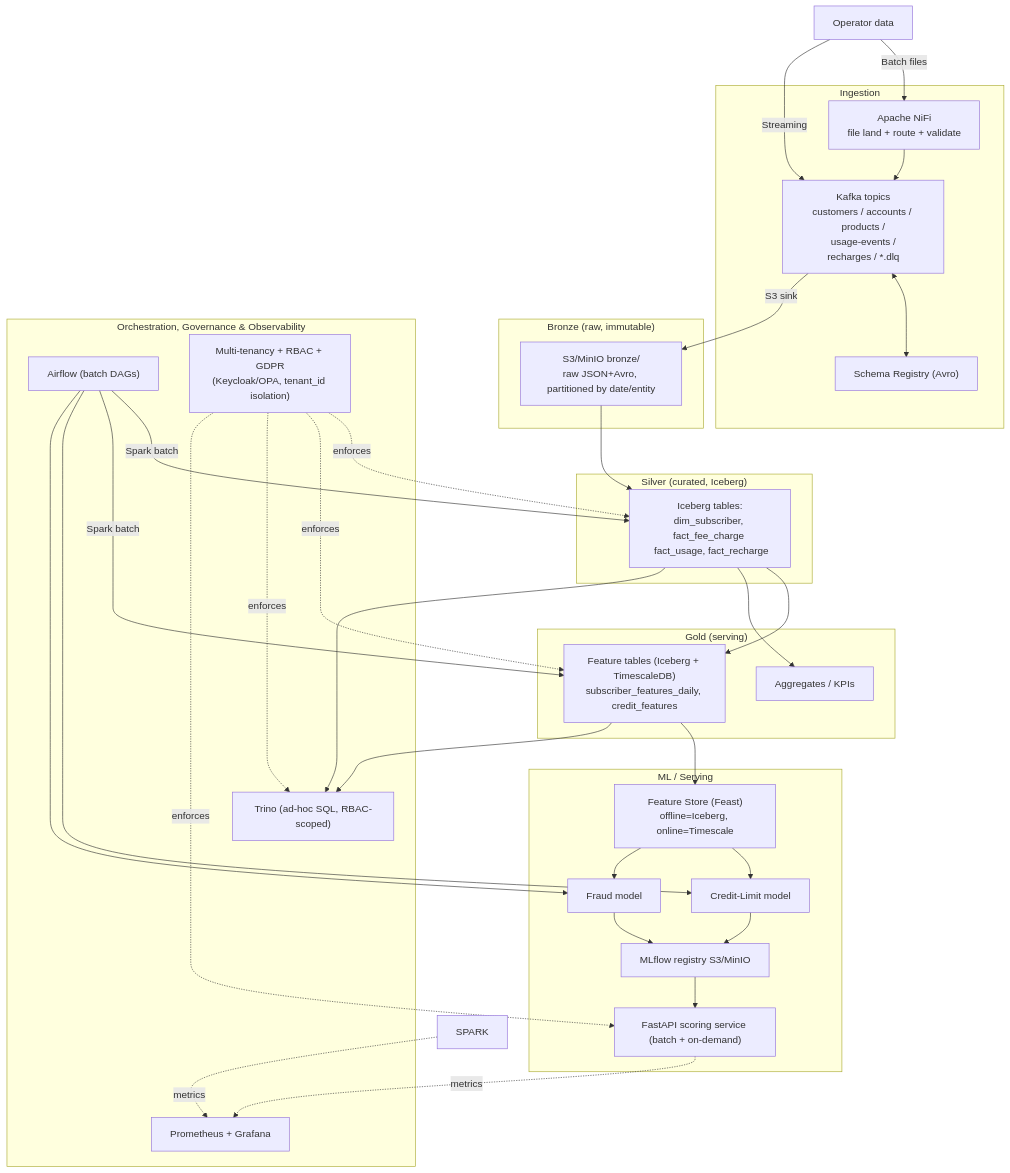
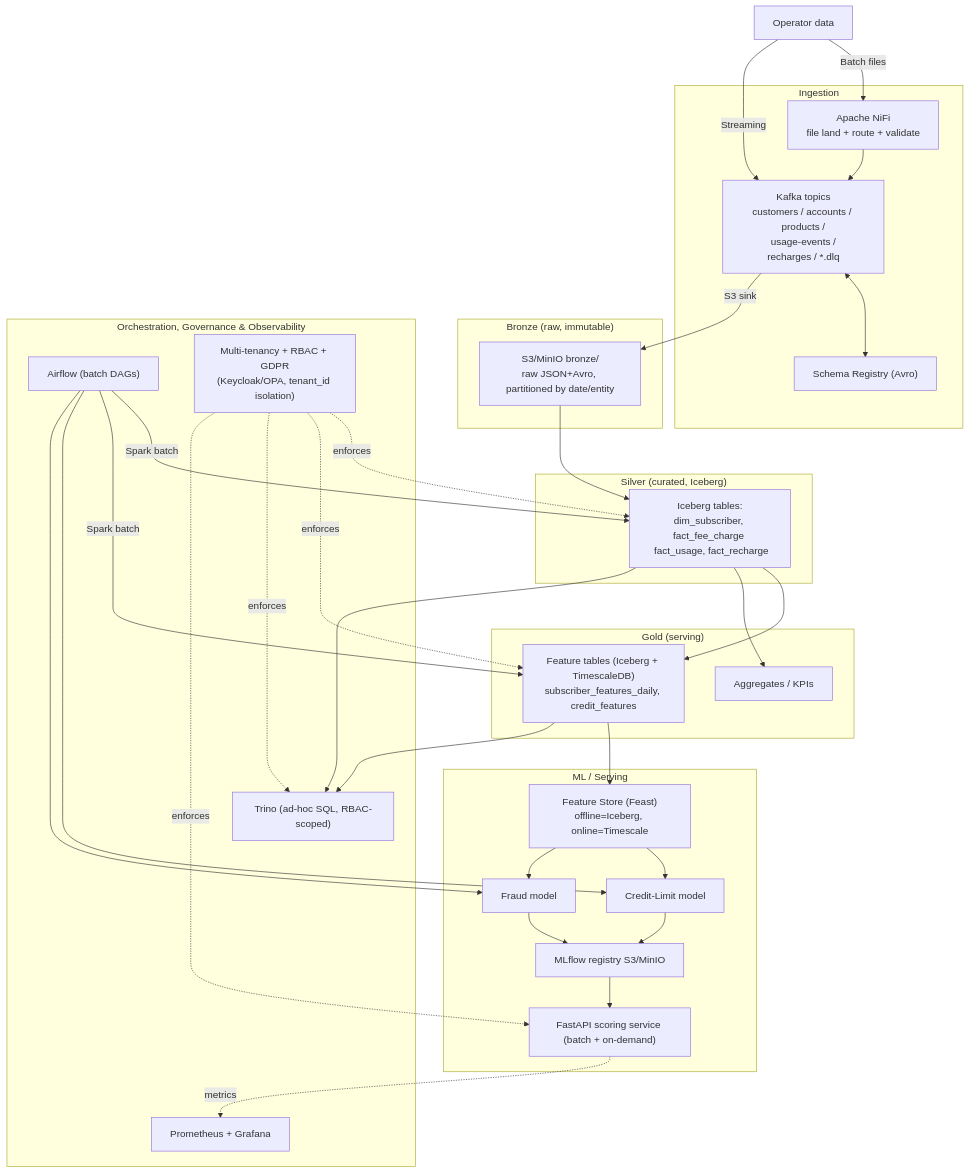
Before and after one commit to vikasagarwal2485/intelligent_data_platform: the diagram in docs/architecture_and_implementation_plan.md, drawn with Mermaid.

````diff
--- a/docs/architecture_and_implementation_plan.md
+++ b/docs/architecture_and_implementation_plan.md
@@ -76,55 +76,54 @@
 ```mermaid
 flowchart TB
 
     subgraph ING["Ingestion"]
         NIFI["Apache NiFi<br/>file land + route + validate"]
         KAFKA["Kafka topics<br/>customers / accounts / products /<br/>usage-events /<br/>recharges / *.dlq"]
         SR["Schema Registry (Avro)"]
     end
 
     subgraph BRONZE["Bronze (raw, immutable)"]
         B["S3/MinIO bronze/<br/>raw JSON+Avro, partitioned by date/entity"]
     end
 
     subgraph SILVER["Silver (curated, Iceberg)"]
         S["Iceberg tables:<br/>dim_subscriber, fact_fee_charge <br/> fact_usage, fact_recharge"]
     end
 
     subgraph GOLD["Gold (serving)"]
         G1["Feature tables (Iceberg + TimescaleDB)<br/>subscriber_features_daily, credit_features"]
         G2["Aggregates / KPIs"]
     end
 
     subgraph ML["ML / Serving"]
         FS["Feature Store (Feast)<br/>offline=Iceberg, online=Timescale"]
         M1["Credit-Limit model"]
         M2["Fraud model"]
         REG["MLflow registry S3/MinIO"]
         API["FastAPI scoring service (batch + on-demand)"]
     end
 
     subgraph OPS["Orchestration, Governance & Observability"]
         AF["Airflow (batch DAGs)"]
         MON["Prometheus + Grafana"]
         TR["Trino (ad-hoc SQL, RBAC-scoped)"]
         GOV["Multi-tenancy + RBAC + GDPR<br/>(Keycloak/OPA, tenant_id isolation)"]
     end
 
     SYN["Operator data"] --> |Batch files| NIFI --> KAFKA
     SYN["Operator data"] --> |Streaming| KAFKA
     KAFKA <--> SR
     KAFKA -->|S3 sink| B
     B --> S
     AF --> |Spark batch| S
     AF --> |Spark batch| G1
     AF --> M1 & M2
     S --> G1 & G2
     G1 --> FS
     FS --> M1 & M2
     M1 & M2 --> REG --> API
     S --> TR
     G1 --> TR
     GOV -.enforces.-> S & G1 & TR & API
-    SPARK -.metrics.-> MON
     API -.metrics.-> MON
 ```
````
